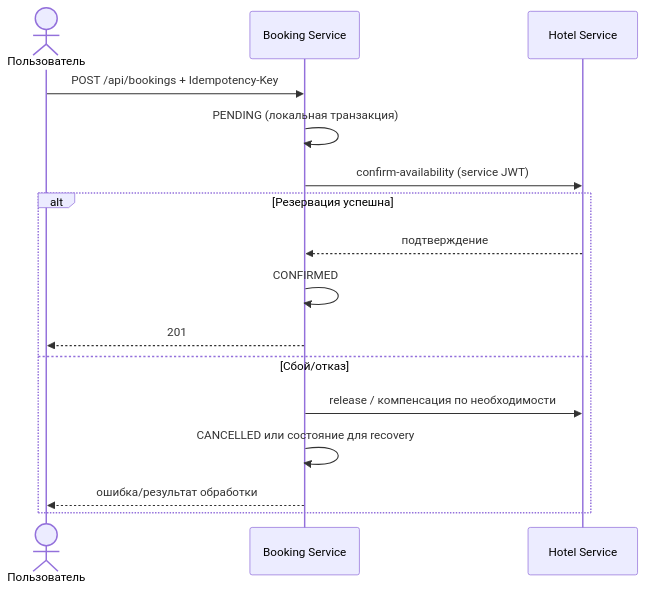
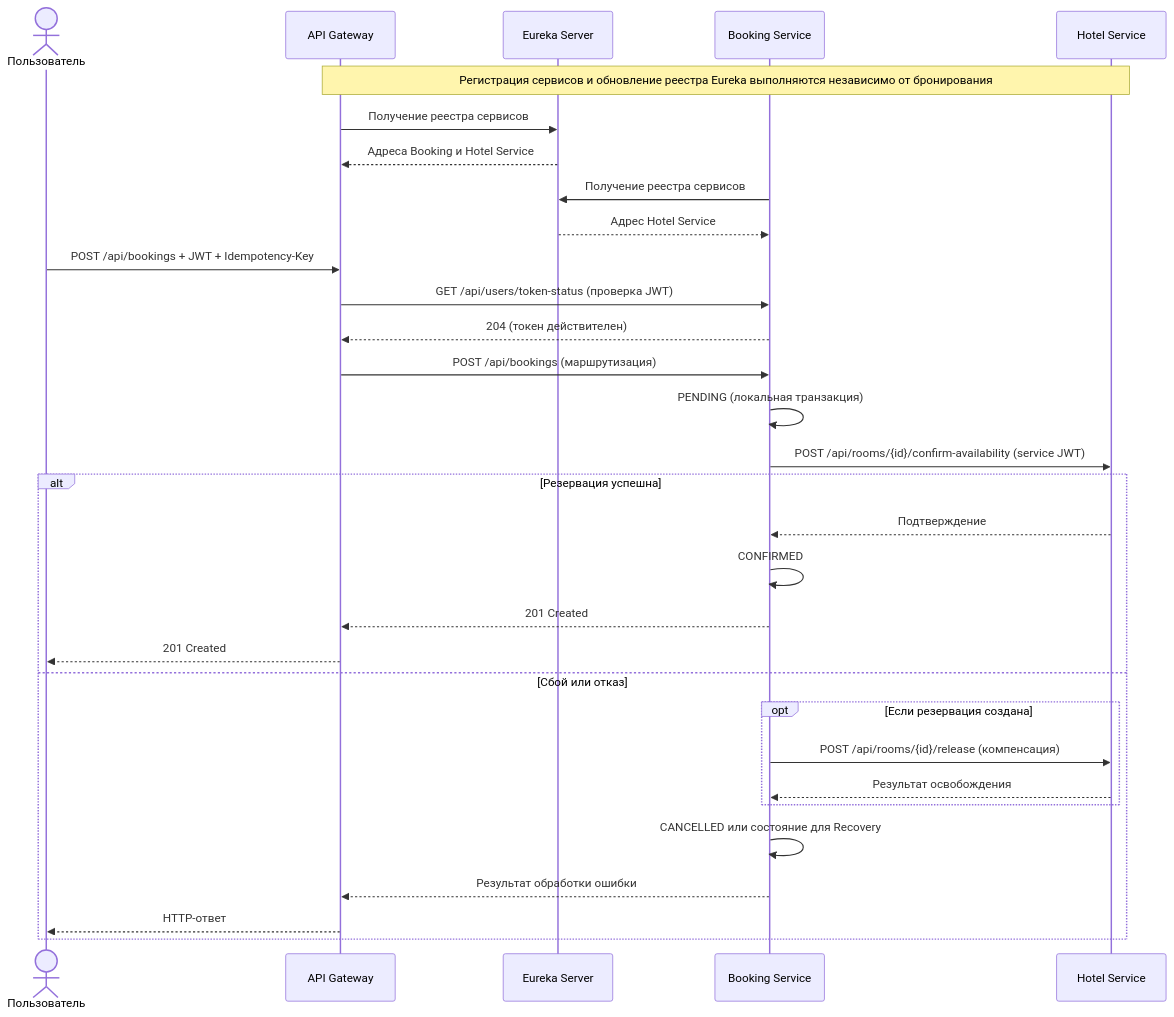
One commit to vkuryndin/hotel-booking-system changed the second of 2 diagrams in README.md. Above: the diagram before and after it, drawn with Mermaid. The commit also changed other lines of this file and 9 other files, not shown here.

````diff
--- a/README.md
+++ b/README.md
@@ -154,18 +183,36 @@
 ```mermaid
 sequenceDiagram
     actor U as Пользователь
+    participant G as API Gateway
+    participant E as Eureka Server
     participant B as Booking Service
     participant H as Hotel Service
-    U->>B: POST /api/bookings + Idempotency-Key
+
+    Note over G,H: Регистрация сервисов и обновление реестра Eureka выполняются независимо от бронирования
+    G->>E: Получение реестра сервисов
+    E-->>G: Адреса Booking и Hotel Service
+    B->>E: Получение реестра сервисов
+    E-->>B: Адрес Hotel Service
+
+    U->>G: POST /api/bookings + JWT + Idempotency-Key
+    G->>B: GET /api/users/token-status (проверка JWT)
+    B-->>G: 204 (токен действителен)
+    G->>B: POST /api/bookings (маршрутизация)
     B->>B: PENDING (локальная транзакция)
-    B->>H: confirm-availability (service JWT)
+    B->>H: POST /api/rooms/{id}/confirm-availability (service JWT)
+
     alt Резервация успешна
-      H-->>B: подтверждение
-      B->>B: CONFIRMED
-      B-->>U: 201
-    else Сбой/отказ
-      B->>H: release / компенсация по необходимости
-      B->>B: CANCELLED или состояние для recovery
-      B-->>U: ошибка/результат обработки
+        H-->>B: Подтверждение
+        B->>B: CONFIRMED
+        B-->>G: 201 Created
+        G-->>U: 201 Created
+    else Сбой или отказ
+        opt Если резервация создана
+            B->>H: POST /api/rooms/{id}/release (компенсация)
+            H-->>B: Результат освобождения
+        end
+        B->>B: CANCELLED или состояние для Recovery
+        B-->>G: Результат обработки ошибки
+        G-->>U: HTTP-ответ
     end
 ```
````
